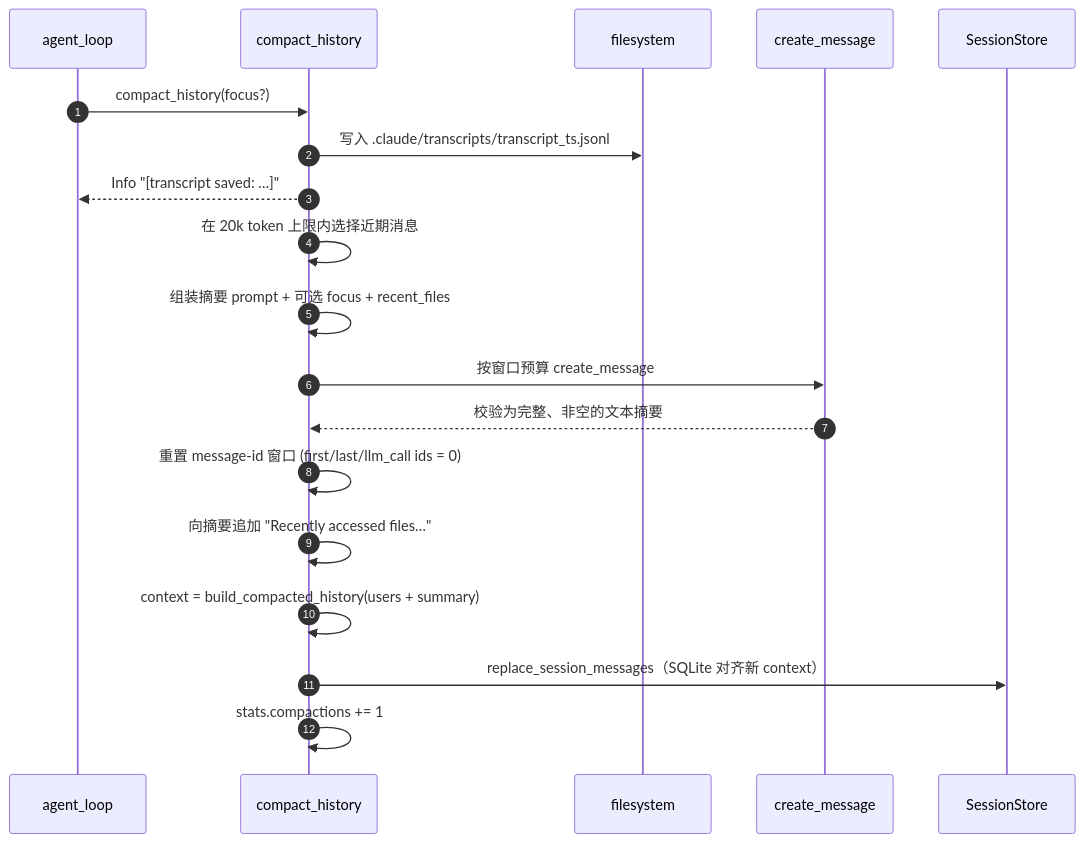
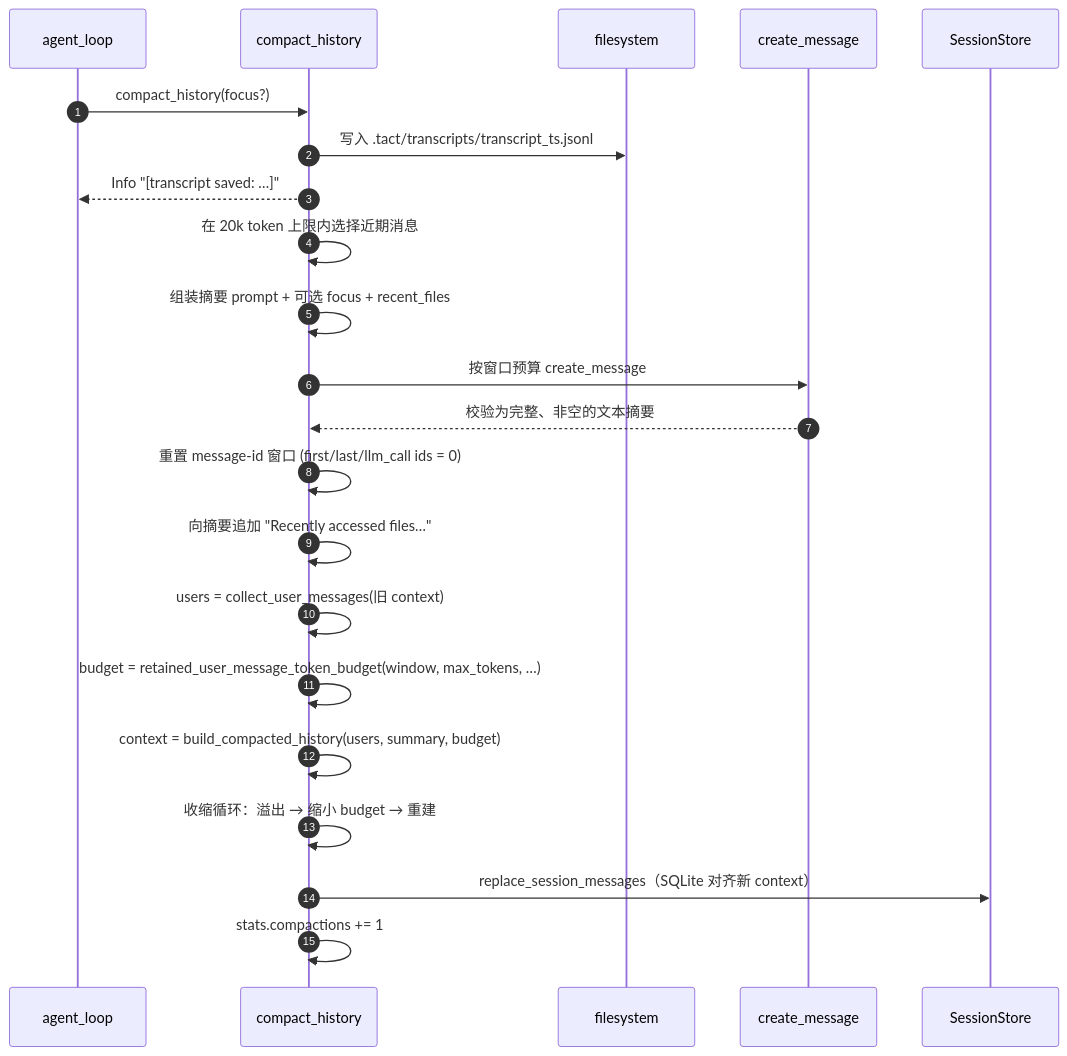
The seventh of 15 diagrams in book/05_chapter_compact_zh.md (rust-infra/tact), drawn with Mermaid before and after one commit. The commit also changed other lines of this file and 83 other files, not shown here.

````diff
--- a/book/05_chapter_compact_zh.md
+++ b/book/05_chapter_compact_zh.md
@@ -242,22 +264,25 @@
 ```mermaid
 sequenceDiagram
     autonumber
     participant AgentLoop as agent_loop
     participant CH as compact_history
     participant Disk as filesystem
     participant LLM as create_message
     participant Store as SessionStore
 
     AgentLoop->>CH: compact_history(focus?)
-    CH->>Disk: 写入 .claude/transcripts/transcript_ts.jsonl
+    CH->>Disk: 写入 .tact/transcripts/transcript_ts.jsonl
     CH-->>AgentLoop: Info "[transcript saved: …]"
     CH->>CH: 在 20k token 上限内选择近期消息
     CH->>CH: 组装摘要 prompt + 可选 focus + recent_files
     CH->>LLM: 按窗口预算 create_message
     LLM-->>CH: 校验为完整、非空的文本摘要
     CH->>CH: 重置 message-id 窗口 (first/last/llm_call ids = 0)
     CH->>CH: 向摘要追加 "Recently accessed files…"
-    CH->>CH: context = build_compacted_history(users + summary)
+    CH->>CH: users = collect_user_messages(旧 context)
+    CH->>CH: budget = retained_user_message_token_budget(window, max_tokens, …)
+    CH->>CH: context = build_compacted_history(users, summary, budget)
+    CH->>CH: 收缩循环：溢出 → 缩小 budget → 重建
     CH->>Store: replace_session_messages（SQLite 对齐新 context）
     CH->>CH: stats.compactions += 1
 ```
````
